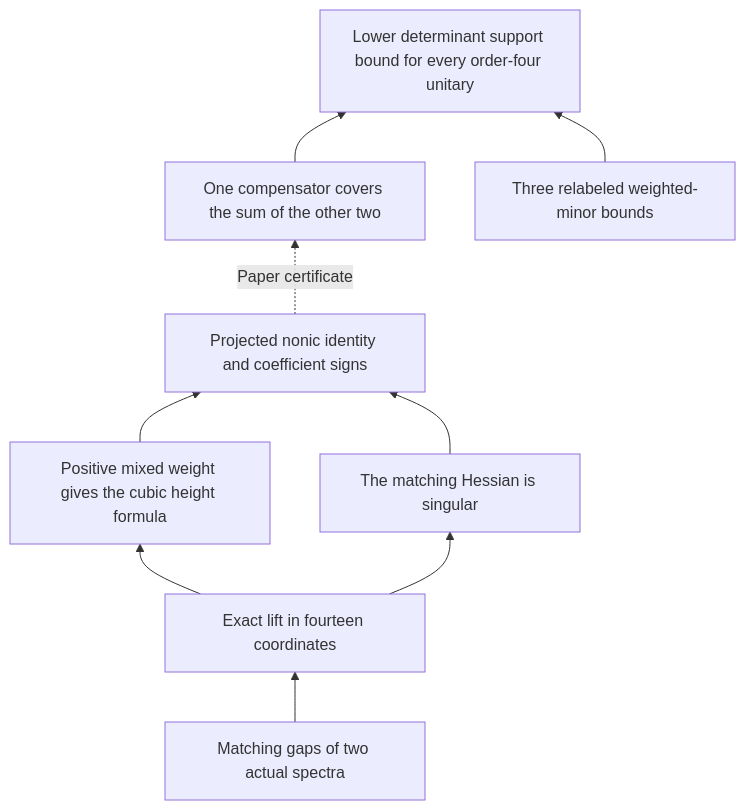
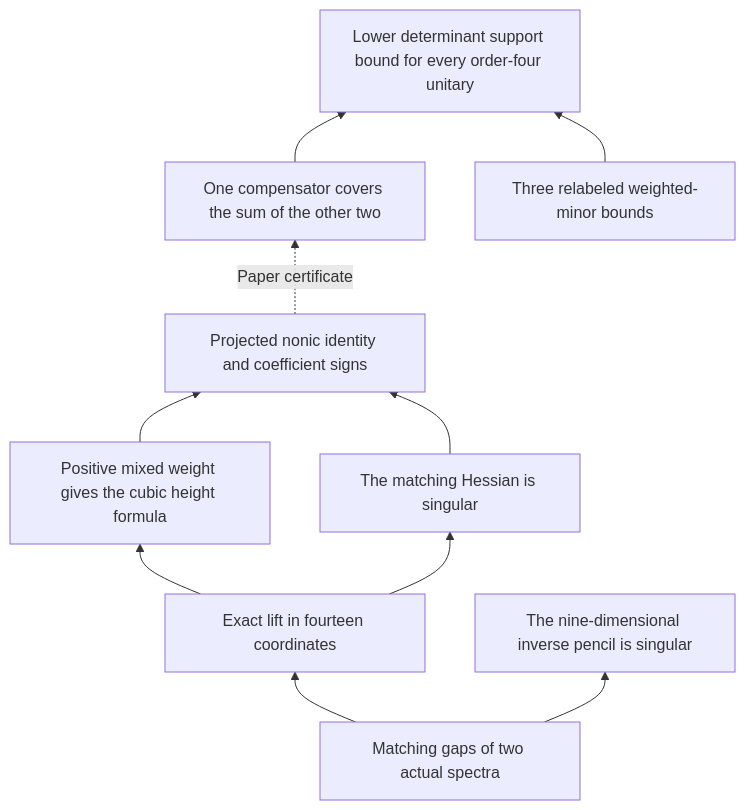
The diagram in Docs/Proofs/order-four-symmetric-six-contact-map.md (ascendnoosphere/MOC), drawn with Mermaid before and after one commit. The commit also changed other lines of this file and 2 other files, not shown here.

Commit message:
Reduce the six-contact spectral obstruction to a nine-dimensional pencil

````diff
--- a/Docs/Proofs/order-four-symmetric-six-contact-map.md
+++ b/Docs/Proofs/order-four-symmetric-six-contact-map.md
@@ -21,19 +21,21 @@
 ```mermaid
 flowchart BT
     Spectral["Matching gaps of two actual spectra"]
     Lift["Exact lift in fourteen coordinates"]
     Height["Positive mixed weight gives the cubic height formula"]
     Singular["The matching Hessian is singular"]
+    Inverse["The nine-dimensional inverse pencil is singular"]
     Nonic["Projected nonic identity and coefficient signs"]
     Budget["One compensator covers the sum of the other two"]
     Pair["Three relabeled weighted-minor bounds"]
     Cut["Lower determinant support bound for every order-four unitary"]
     Spectral --> Lift
     Lift --> Height
     Lift --> Singular
+    Spectral --> Inverse
     Height --> Nonic
     Singular --> Nonic
     Nonic -. Paper certificate .-> Budget
     Budget --> Cut
     Pair --> Cut
 ```
````
